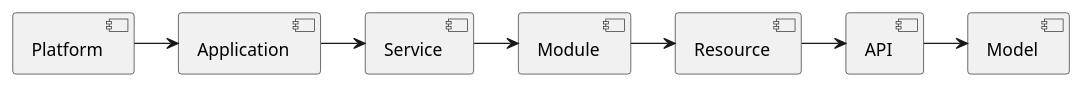
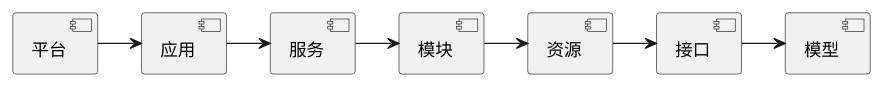
Before and after one commit to crazydan-studio/duzhou.crazydan.io: the first of 3 diagrams in docs/100.development/100.design/150.arch.md, drawn with PlantUML.

````diff
--- a/docs/100.development/100.design/150.arch.md
+++ b/docs/100.development/100.design/150.arch.md
@@ -18,16 +18,16 @@
 ```plantuml
-[Platform] as platform
-[Application] as application
-[Service] as service
-[Module] as module
-[Resource] as resource
-[API] as api
-[Model] as model
+[平台] as platform
+[应用] as application
+[服务] as service
+[模块] as module
+[资源] as resource
+[接口] as api
+[模型] as model
 
 platform -> application
 application -> service
 service -> module
 module -> resource
 resource -> api
 api -> model
 ```
````
